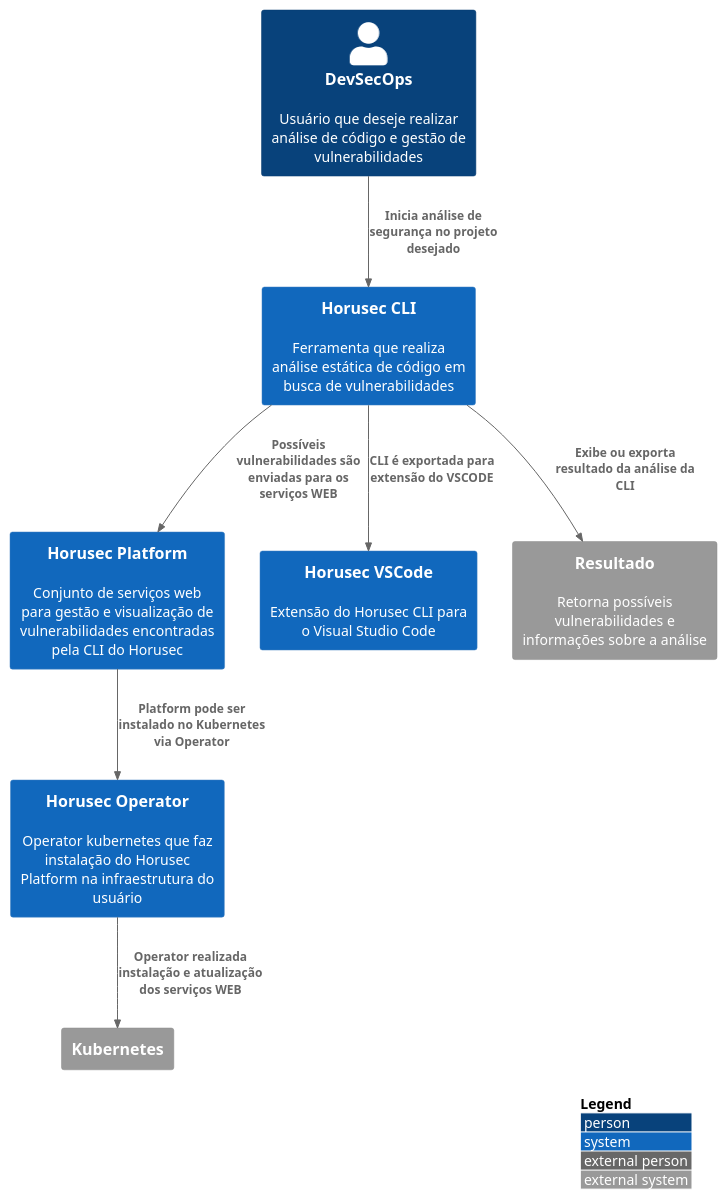
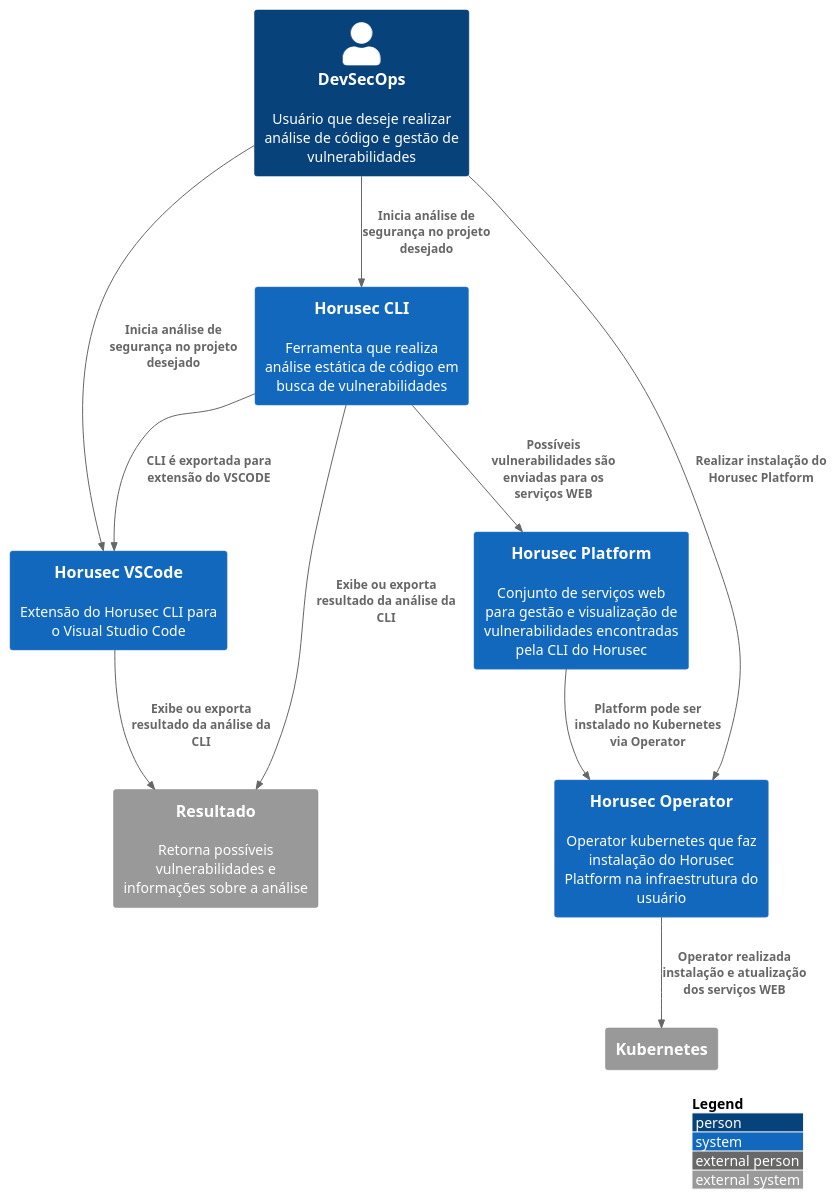
The diagram in src/pt-br/C1/c1.puml (ZupIT/horusec-c4model), drawn with PlantUML before and after one commit. The commit also changed 8 other files, not shown here.

```diff
--- a/src/pt-br/C1/c1.puml
+++ b/src/pt-br/C1/c1.puml
@@ -1,25 +1,29 @@
-@startuml horusec-cli-c1
+@startuml horusec-c1
 !include https://raw.githubusercontent.com/adrianvlupu/C4-PlantUML/latest/C4_Context.puml
 
 LAYOUT_WITH_LEGEND()
 
 Person(user, "DevSecOps", "Usuário que deseje realizar análise de código e gestão de vulnerabilidades")
 
 System(horusecCLI, "Horusec CLI", "Ferramenta que realiza análise estática de código em busca de vulnerabilidades")
 System(horusecPlatform, "Horusec Platform", "Conjunto de serviços web para gestão e visualização de vulnerabilidades encontradas pela CLI do Horusec")
 System(horusecOperator, "Horusec Operator", "Operator kubernetes que faz instalação do Horusec Platform na infraestrutura do usuário")
 System(horusecVSCode, "Horusec VSCode", "Extensão do Horusec CLI para o Visual Studio Code")
 
 System_Ext(response, "Resultado", "Retorna possíveis vulnerabilidades e informações sobre a análise")
 System_Ext(kubernetes, "Kubernetes")
 
 Rel(user, horusecCLI, "Inicia análise de segurança no projeto desejado")
+Rel(user, horusecOperator, "Realizar instalação do Horusec Platform")
+Rel(user, horusecVSCode, "Inicia análise de segurança no projeto desejado")
 
 Rel(horusecCLI, horusecPlatform, "Possíveis vulnerabilidades são enviadas para os serviços WEB")
+Rel(horusecCLI, horusecVSCode, "CLI é exportada para extensão do VSCODE")
+
 Rel(horusecCLI, response, "Exibe ou exporta resultado da análise da CLI")
-Rel(horusecCLI, horusecVSCode, "CLI é exportada para extensão do VSCODE")
+Rel(horusecVSCode, response, "Exibe ou exporta resultado da análise da CLI")
 
 Rel(horusecPlatform, horusecOperator, "Platform pode ser instalado no Kubernetes via Operator")
 
 Rel(horusecOperator, kubernetes , "Operator realizada instalação e atualização dos serviços WEB")
 @enduml
```
